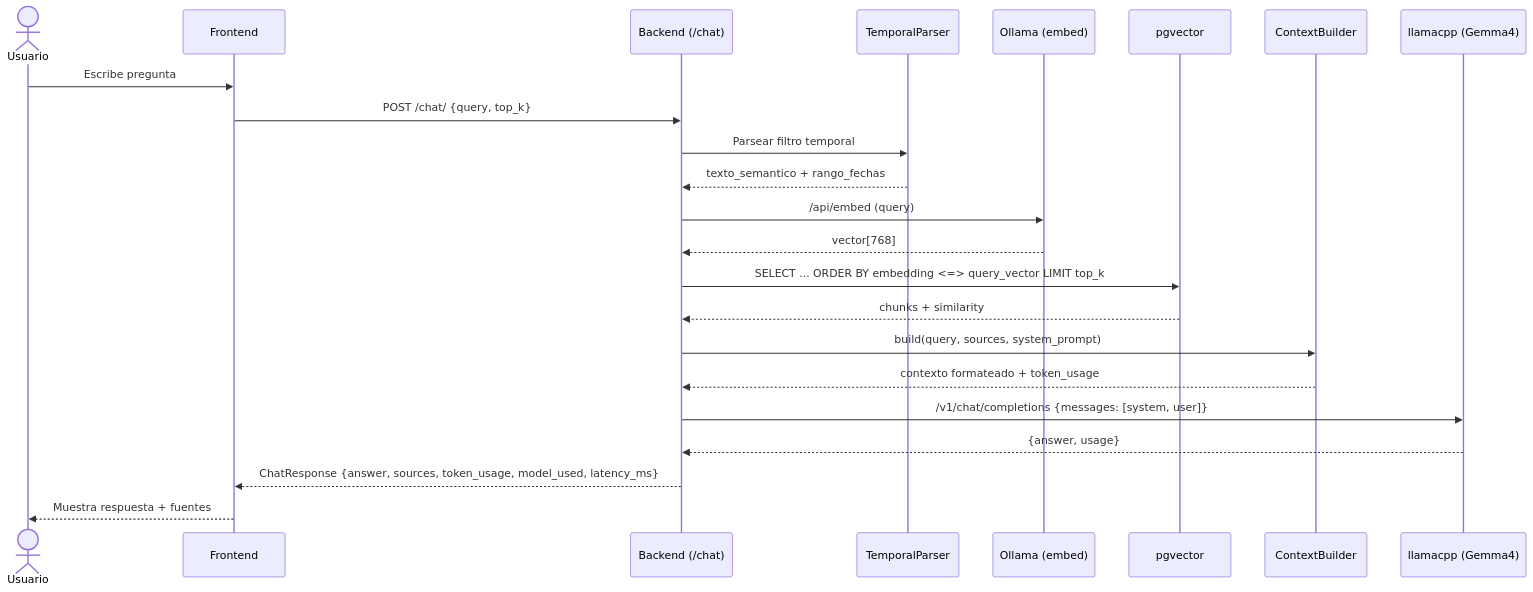
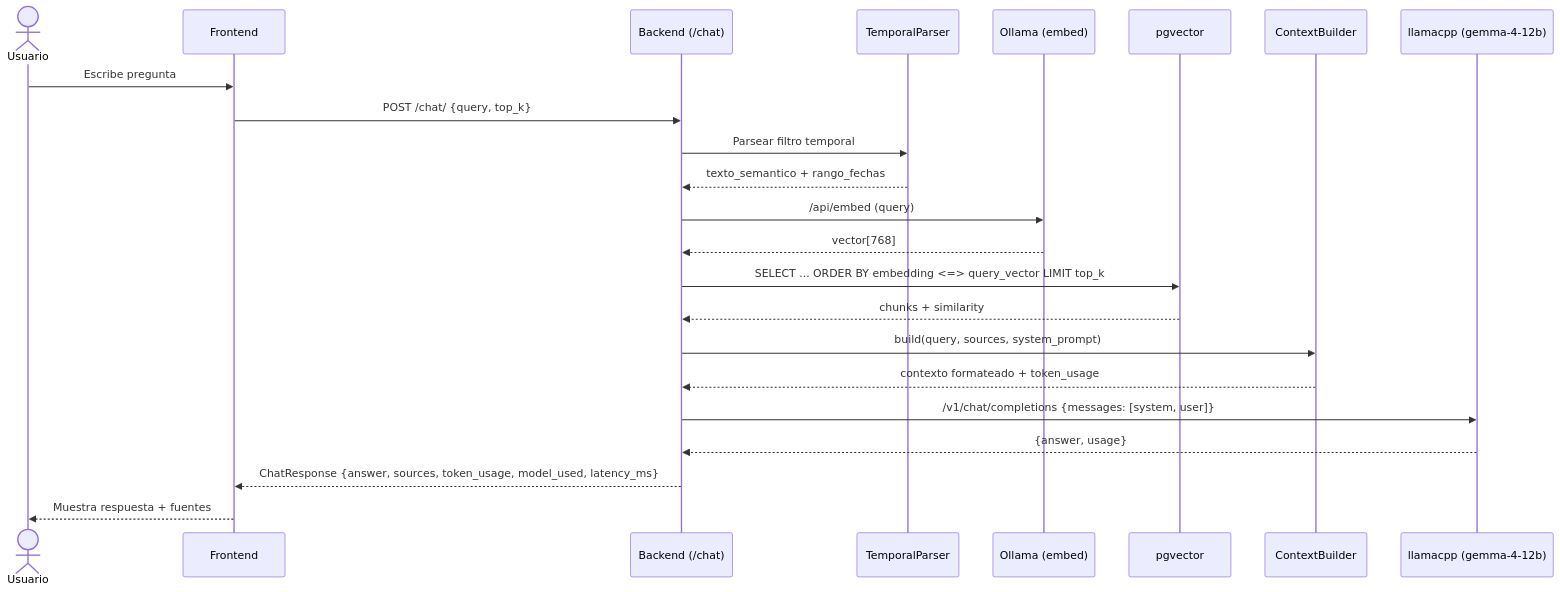
One commit to angeles-ricardo-89/AH-Practica1-ArquitecturaMedallonMaNaneras changed the third of 3 diagrams in README.md. Above: the diagram before and after it, drawn with Mermaid. The commit also changed other lines of this file and 101 other files, not shown here.

````diff
--- a/README.md
+++ b/README.md
@@ -312,26 +321,26 @@
 ```mermaid
 sequenceDiagram
     actor U as Usuario
     participant F as Frontend
     participant B as Backend (/chat)
     participant TP as TemporalParser
     participant O as Ollama (embed)
     participant PG as pgvector
     participant CB as ContextBuilder
-    participant LLM as llamacpp (Gemma4)
+    participant LLM as llamacpp (gemma-4-12b)
 
     U->>F: Escribe pregunta
     F->>B: POST /chat/ {query, top_k}
     B->>TP: Parsear filtro temporal
     TP-->>B: texto_semantico + rango_fechas
     B->>O: /api/embed (query)
     O-->>B: vector[768]
     B->>PG: SELECT ... ORDER BY embedding <=> query_vector LIMIT top_k
     PG-->>B: chunks + similarity
     B->>CB: build(query, sources, system_prompt)
     CB-->>B: contexto formateado + token_usage
     B->>LLM: /v1/chat/completions {messages: [system, user]}
     LLM-->>B: {answer, usage}
     B-->>F: ChatResponse {answer, sources, token_usage, model_used, latency_ms}
     F-->>U: Muestra respuesta + fuentes
 ```
````
